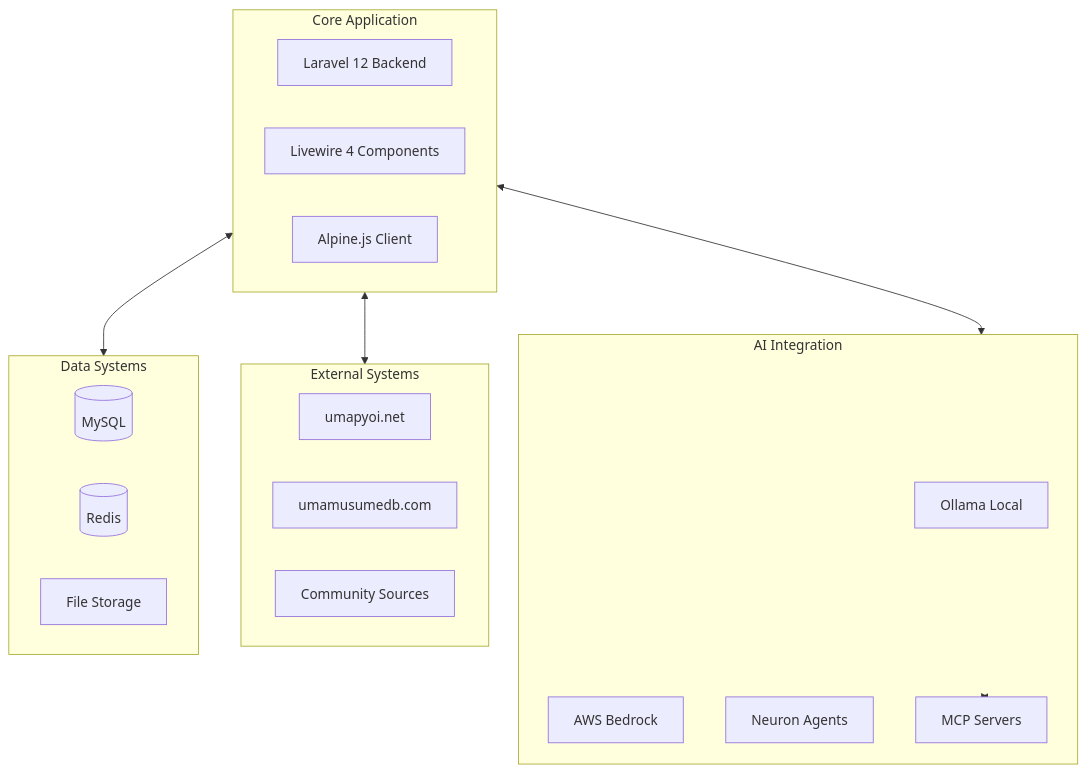
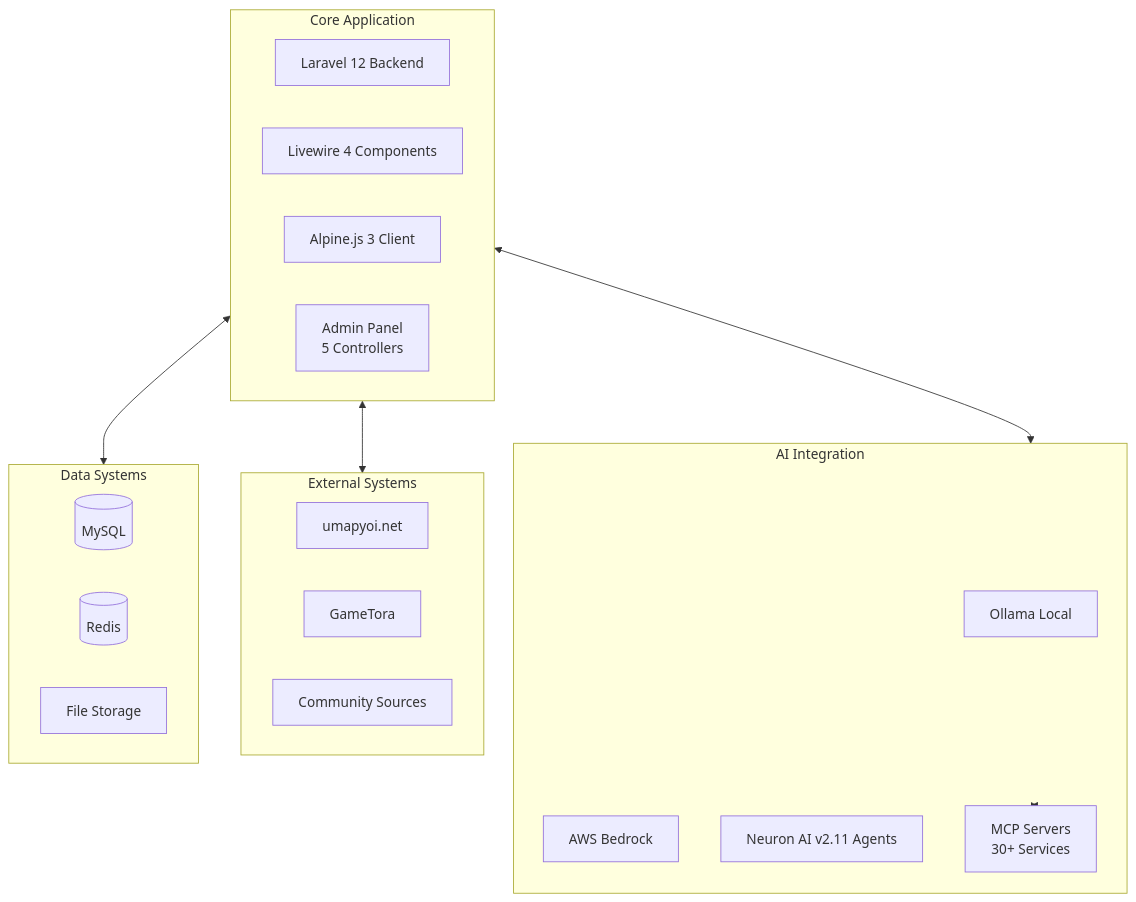
Before and after one commit to exatfrds67/umamusume-career-planner: diagram 13 of 18 in docs/01-diagrams/system-process-flow-diagrams.md, drawn with Mermaid. The commit also changed other lines of this file and 111 other files, not shown here.

````diff
--- a/docs/01-diagrams/system-process-flow-diagrams.md
+++ b/docs/01-diagrams/system-process-flow-diagrams.md
@@ -1361,32 +1362,33 @@
 ```mermaid
 flowchart TB
     subgraph CoreApp[Core Application]
         Laravel[Laravel 12 Backend]
         Livewire[Livewire 4 Components]
-        Alpine[Alpine.js Client]
+        Alpine[Alpine.js 3 Client]
+        Admin[Admin Panel<br/>5 Controllers]
     end
     
     subgraph AILayer[AI Integration]
         Ollama[Ollama Local]
         Bedrock[AWS Bedrock]
-        Neuron[Neuron Agents]
-        MCP[MCP Servers]
+        Neuron[Neuron AI v2.11 Agents]
+        MCP[MCP Servers<br/>30+ Services]
     end
     
     subgraph ExternalSystems[External Systems]
         UmapyoiAPI[umapyoi.net]
-        UmamusumeDBAPI[umamusumedb.com]
+        GameToraAPI[GameTora]
         CommunityAPI[Community Sources]
     end
     
     subgraph DataSystems[Data Systems]
         MySQL[(MySQL)]
         Redis[(Redis)]
         S3[File Storage]
     end
     
     CoreApp <--> AILayer
     CoreApp <--> ExternalSystems
     CoreApp <--> DataSystems
     AILayer <--> MCP
 ```
````
